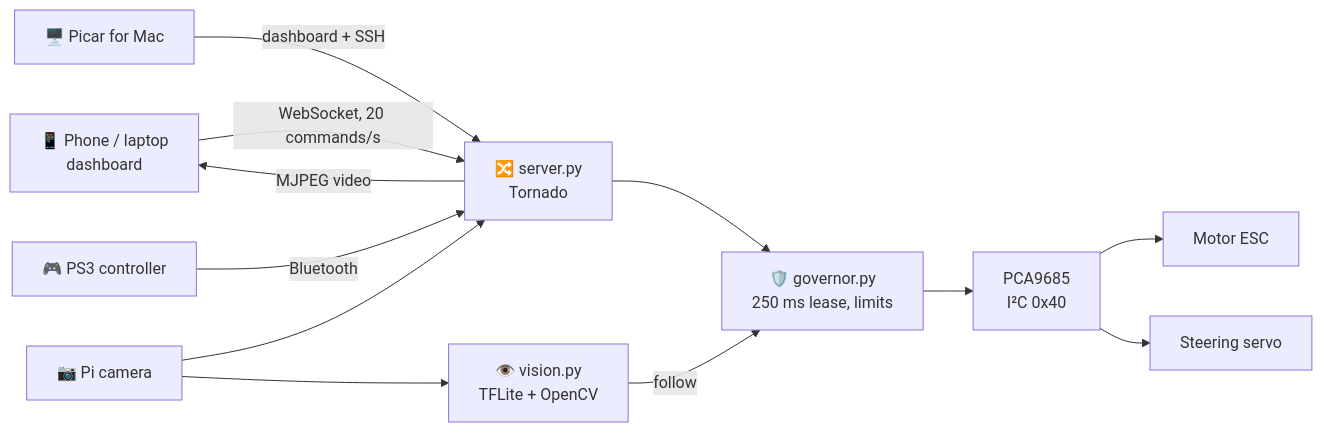
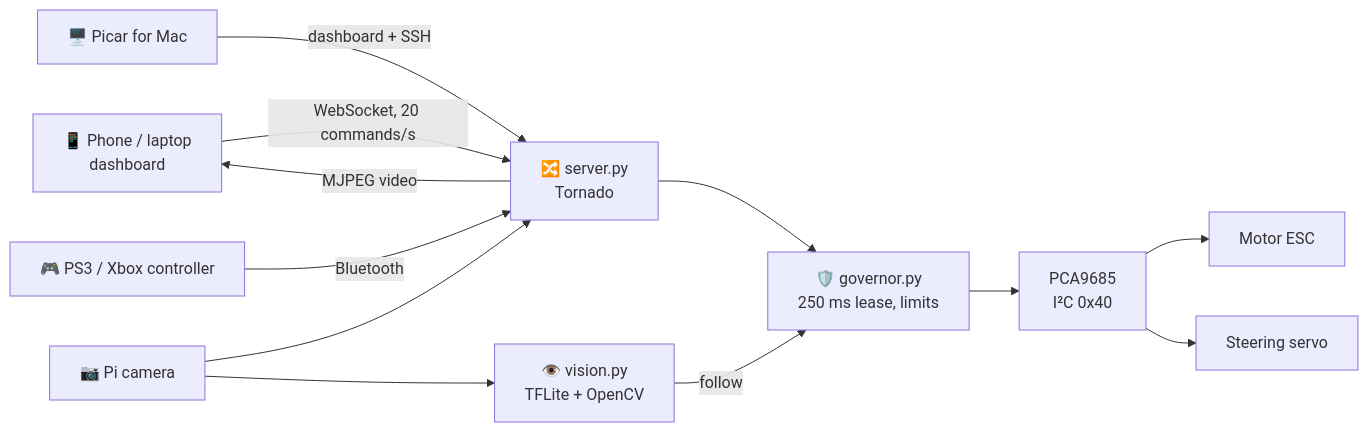
One commit to srikarnadella/picar changed the diagram in README.md. Above: the diagram before and after it, drawn with Mermaid. The commit also changed other lines of this file and 19 other files, not shown here.

````diff
--- a/README.md
+++ b/README.md
@@ -99,11 +101,11 @@
 ```mermaid
 graph LR
     P[📱 Phone / laptop<br/>dashboard] -- "WebSocket, 20 commands/s" --> S
     M[🖥️ Picar for Mac] -- "dashboard + SSH" --> S
-    G[🎮 PS3 controller] -- Bluetooth --> S
+    G[🎮 PS3 / Xbox controller] -- Bluetooth --> S
     S[🔀 server.py<br/>Tornado] --> GOV[🛡️ governor.py<br/>250 ms lease, limits]
     GOV --> PCA[PCA9685<br/>I²C 0x40] --> ESC[Motor ESC] & SERVO[Steering servo]
     CAM[📷 Pi camera] --> S
     S -- MJPEG video --> P
     CAM --> V[👁️ vision.py<br/>TFLite + OpenCV] -- follow --> GOV
 ```
````
